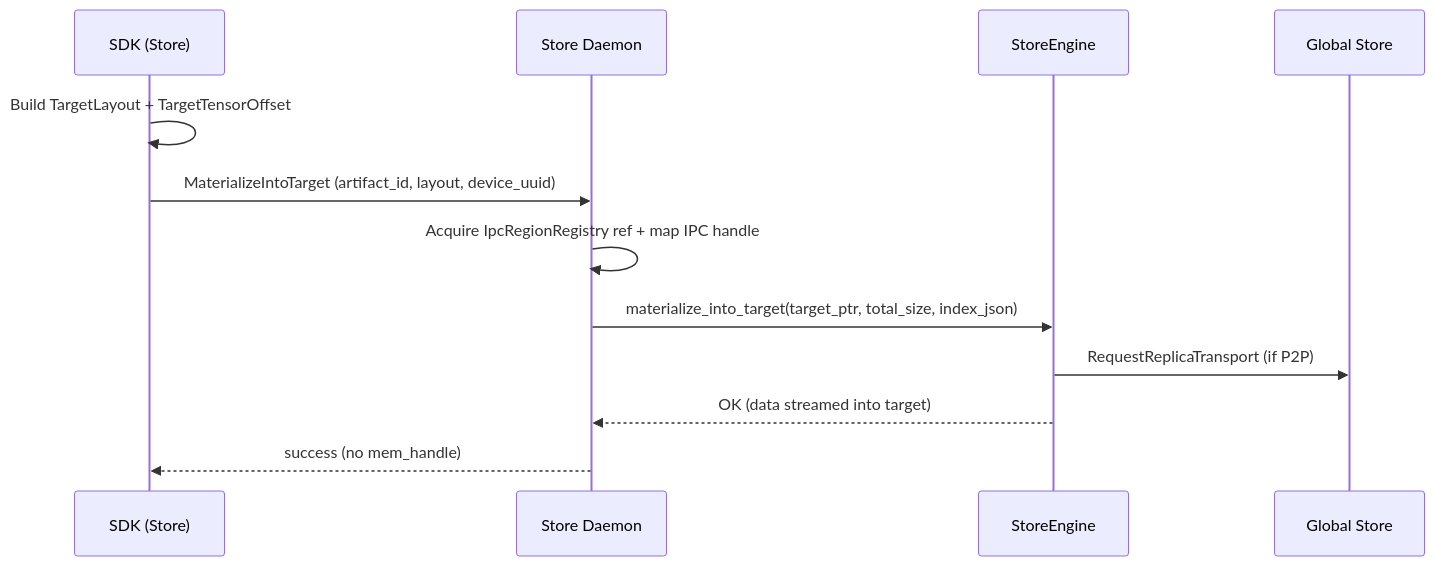
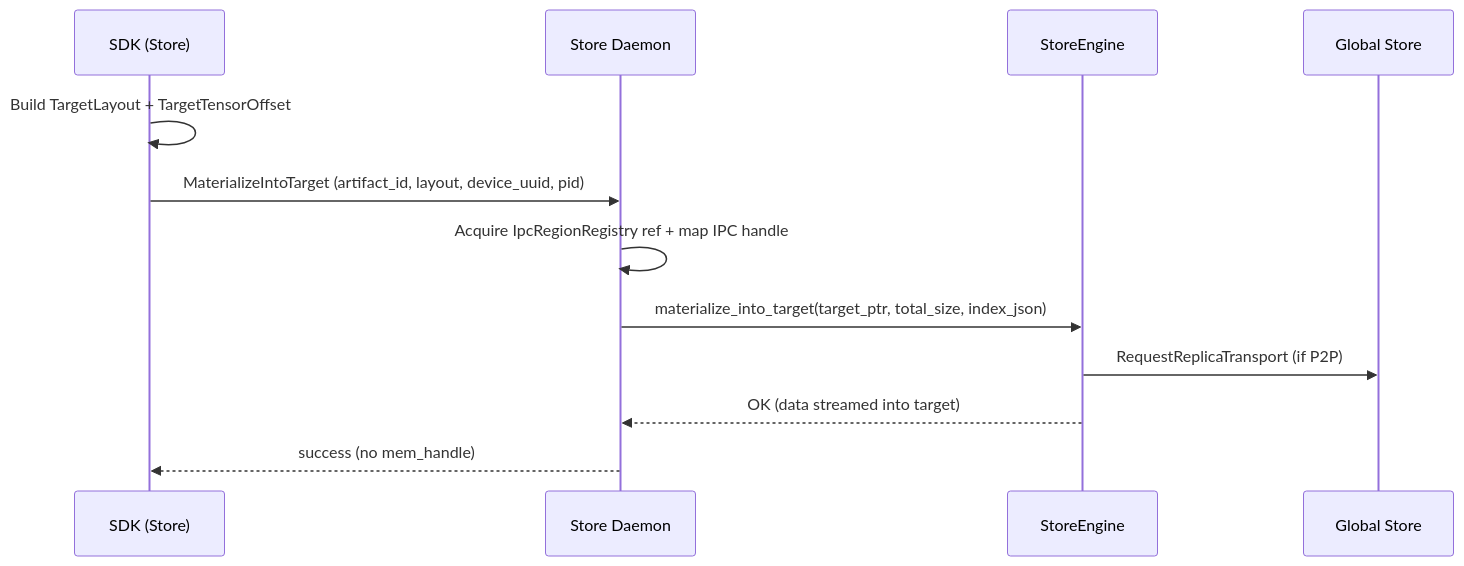
The second of 2 diagrams in docs/internals/tensor_dict_into_dataflow.md (tensorcast-ai/tensorcast), drawn with Mermaid before and after one commit. The commit also changed other lines of this file and 9 other files, not shown here.

````diff
--- a/docs/internals/tensor_dict_into_dataflow.md
+++ b/docs/internals/tensor_dict_into_dataflow.md
@@ -47,15 +47,15 @@
 ```mermaid
 sequenceDiagram
   participant SDK as SDK (Store)
   participant Daemon as Store Daemon
   participant Engine as StoreEngine
   participant GS as Global Store
 
   SDK->>SDK: Build TargetLayout + TargetTensorOffset
-  SDK->>Daemon: MaterializeIntoTarget (artifact_id, layout, device_uuid)
+  SDK->>Daemon: MaterializeIntoTarget (artifact_id, layout, device_uuid, pid)
   Daemon->>Daemon: Acquire IpcRegionRegistry ref + map IPC handle
   Daemon->>Engine: materialize_into_target(target_ptr, total_size, index_json)
   Engine->>GS: RequestReplicaTransport (if P2P)
   Engine-->>Daemon: OK (data streamed into target)
   Daemon-->>SDK: success (no mem_handle)
 ```
````
